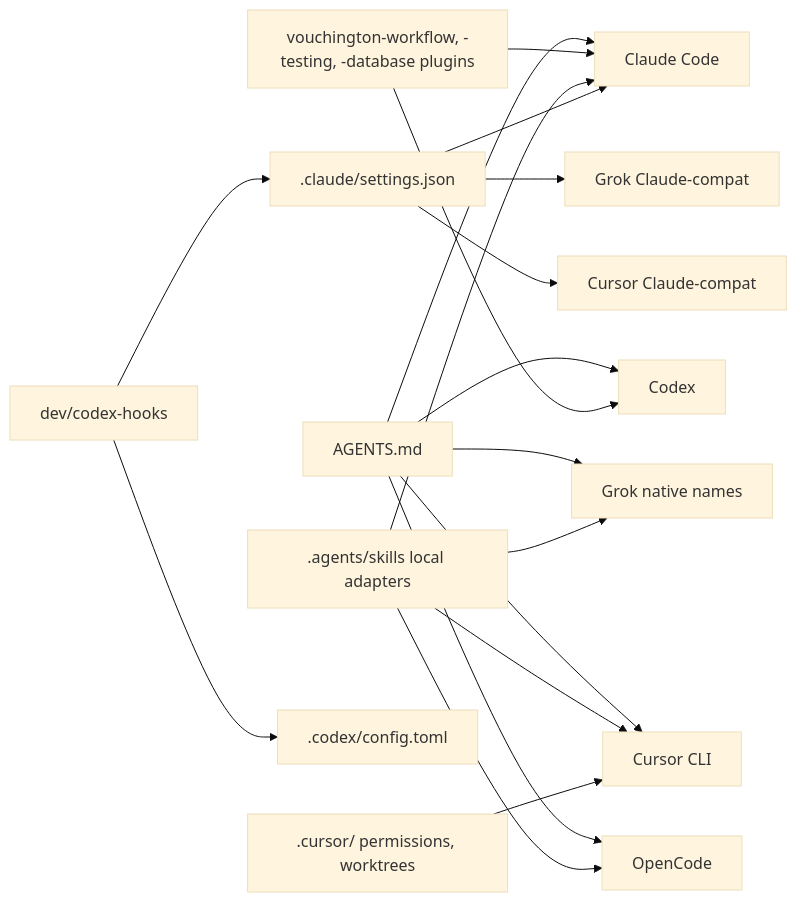
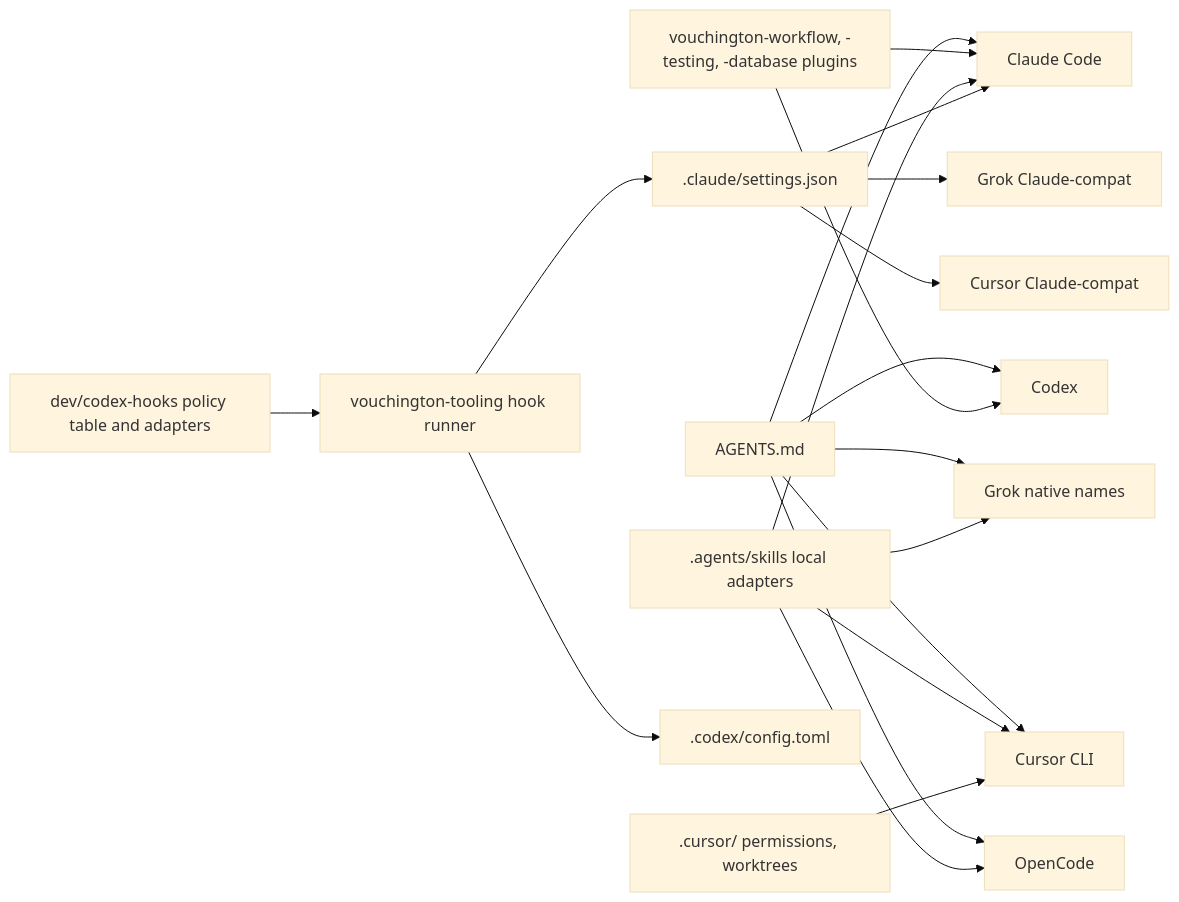
One commit to vouchington/vouchington changed the diagram in docs/development/agent-harness-parity.md. Above: the diagram before and after it, drawn with Mermaid (base theme). The commit also changed 72 other files, not shown here.

First line of the commit message:
refactor(agents): adopt published command-policy hooks

````diff
--- a/docs/development/agent-harness-parity.md
+++ b/docs/development/agent-harness-parity.md
@@ -42,20 +42,21 @@
 ```mermaid
 flowchart LR
   claudeMd[AGENTS.md] --> claude[Claude Code]
   claudeMd --> codex[Codex]
   claudeMd --> grok[Grok native names]
   claudeMd --> cursor[Cursor CLI]
   claudeMd --> opencode[OpenCode]
   plugins[vouchington-workflow, -testing, -database plugins] --> claude
   plugins --> codex
   skills[.agents/skills local adapters] --> claude
   skills --> grok
   skills --> cursor
   skills --> opencode
   claudeHooks[.claude/settings.json] --> claude
   claudeHooks --> grokCompat[Grok Claude-compat]
   claudeHooks --> cursorCompat[Cursor Claude-compat]
-  hookRunner[dev/codex-hooks] --> claudeHooks
+  hookRunner[vouchington-tooling hook runner] --> claudeHooks
+  localPolicy[dev/codex-hooks policy table and adapters] --> hookRunner
   hookRunner --> codexConfig[.codex/config.toml]
   cursorConfig[".cursor/ permissions, worktrees"] --> cursor
 ```
````
